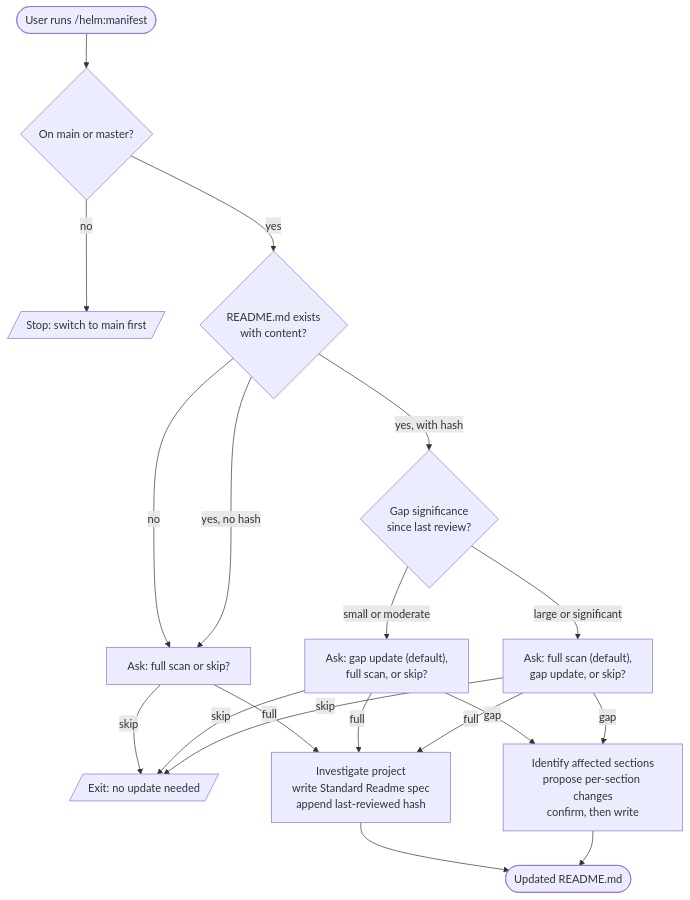
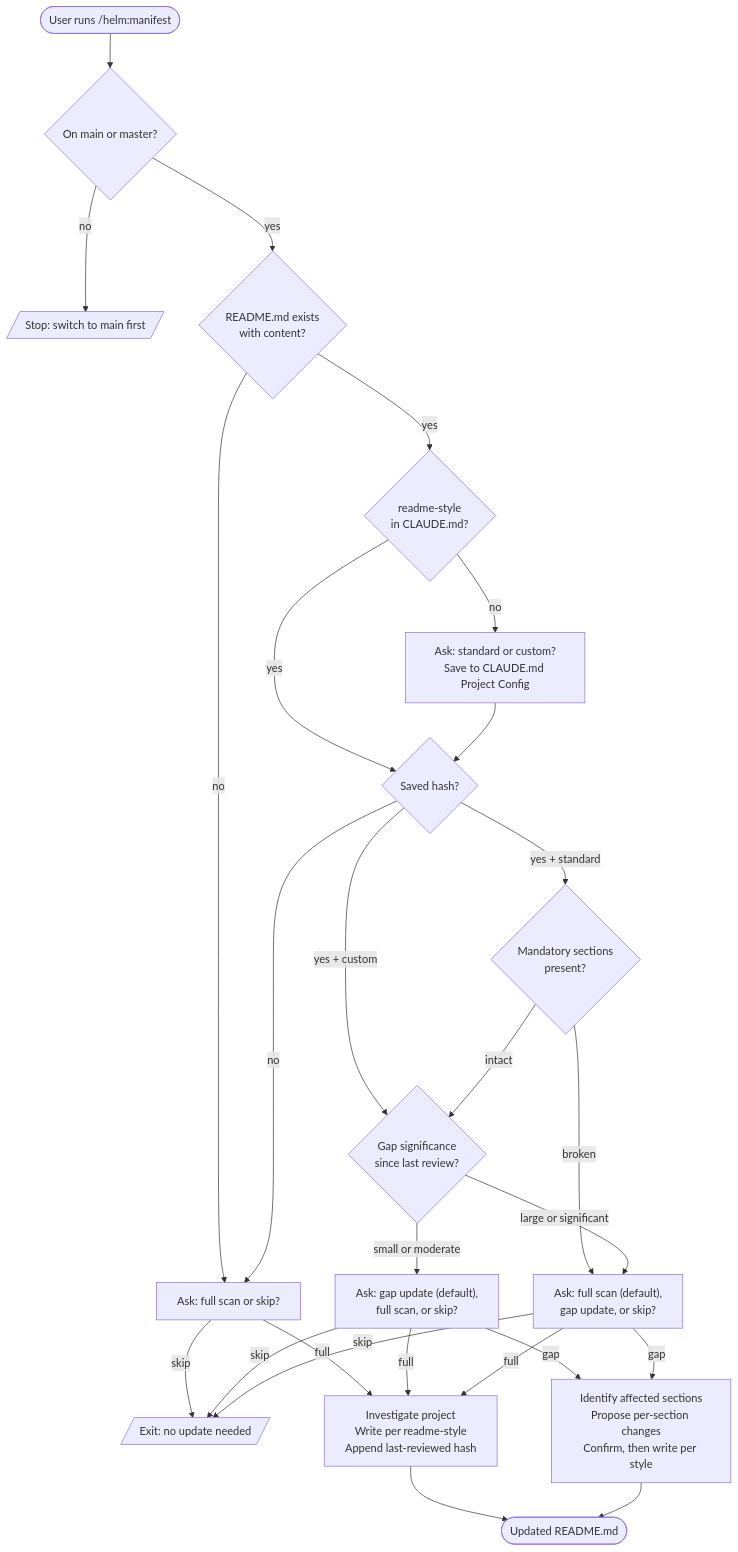
Before and after one commit to myowinthein/agent-helm: the diagram in docs/commands/manifest.md, drawn with Mermaid. The commit also changed other lines of this file and 1 other file, not shown here.

````diff
--- a/docs/commands/manifest.md
+++ b/docs/commands/manifest.md
@@ -13,27 +13,38 @@
 ```mermaid
 flowchart TD
   Start([User runs /helm:manifest]) --> Branch{On main or master?}
   Branch -->|no| Stop[/Stop: switch to main first/]
   Branch -->|yes| Exists{README.md exists<br/>with content?}
 
   Exists -->|no| Mode1[Ask: full scan or skip?]
-  Exists -->|yes, no hash| Mode1
-  Exists -->|yes, with hash| Gap{Gap significance<br/>since last review?}
+  Exists -->|yes| StyleFlag{readme-style<br/>in CLAUDE.md?}
+
+  StyleFlag -->|no| AskStyle["Ask: standard or custom?\nSave to CLAUDE.md Project Config"]
+  StyleFlag -->|yes| HashCheck
+  AskStyle --> HashCheck
+
+  HashCheck{Saved hash?}
+  HashCheck -->|no| Mode1
+  HashCheck -->|"yes + standard"| StructCheck{Mandatory sections<br/>present?}
+  HashCheck -->|"yes + custom"| Gap
+
+  StructCheck -->|broken| Mode3["Ask: full scan (default),<br/>gap update, or skip?"]
+  StructCheck -->|intact| Gap{Gap significance<br/>since last review?}
 
   Gap -->|small or moderate| Mode2["Ask: gap update (default),<br/>full scan, or skip?"]
-  Gap -->|large or significant| Mode3["Ask: full scan (default),<br/>gap update, or skip?"]
+  Gap -->|large or significant| Mode3
 
   Mode1 -->|skip| Skip[/Exit: no update needed/]
   Mode1 -->|full| Full
   Mode2 -->|skip| Skip
   Mode2 -->|full| Full
   Mode2 -->|gap| GapPath
   Mode3 -->|skip| Skip
   Mode3 -->|full| Full
   Mode3 -->|gap| GapPath
 
-  Full[Investigate project<br/>write Standard Readme spec<br/>append last-reviewed hash] --> Done
-  GapPath[Identify affected sections<br/>propose per-section changes<br/>confirm, then write] --> Done
+  Full["Investigate project<br/>Write per readme-style<br/>Append last-reviewed hash"] --> Done
+  GapPath["Identify affected sections<br/>Propose per-section changes<br/>Confirm, then write per style"] --> Done
 
   Done([Updated README.md])
 ```
````
